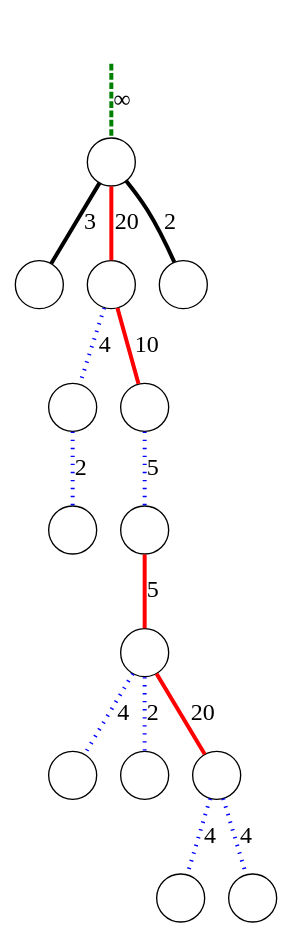
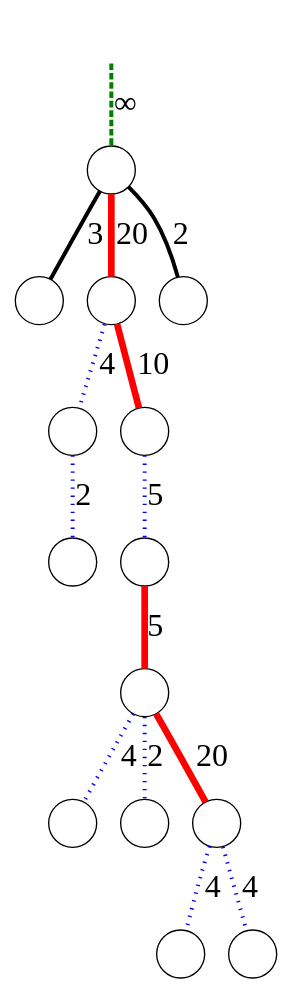
The diagram in graphs/example-g.gv (sgolodetz/waterfallpaper), drawn with Graphviz before and after one commit. The commit also changed 16 other files, not shown here.

Commit message:
Make the red edges in Figure 10 bolder.

```diff
--- a/graphs/example-g.gv
+++ b/graphs/example-g.gv
@@ -1,22 +1,22 @@
 digraph
 {
 	node [shape=circle, label=""];
-	edge [dir=both, arrowtail=none, arrowhead=none, penwidth=3, fontsize=18];
+	edge [dir=both, arrowtail=none, arrowhead=none, penwidth=3, fontsize=24];
 
 	r -> n00 [label="&infin;", color=green, style=dashed];
 	n00 -> n10 [label=3];
-	n00 -> n11 [label=20, color=red, style=bold];
+	n00 -> n11 [label=20, color=red, penwidth=5];
 	n00 -> n12 [label=2];
 	n11 -> n20 [label=4, color=blue, style=dotted];
-	n11 -> n21 [label=10, color=red, style=bold];
+	n11 -> n21 [label=10, color=red, penwidth=5];
 	n20 -> n30 [label=2, color=blue, style=dotted];
 	n21 -> n31 [label=5, color=blue, style=dotted];
-	n31 -> n40 [label=5, color=red, style=bold];
+	n31 -> n40 [label=5, color=red, penwidth=5];
 	n40 -> n50 [label=4, color=blue, style=dotted];
 	n40 -> n51 [label=2, color=blue, style=dotted];
-	n40 -> n52 [label=20, color=red, style=bold];
+	n40 -> n52 [label=20, color=red, penwidth=5];
 	n52 -> n60 [label=4, color=blue, style=dotted];
 	n52 -> n61 [label=4, color=blue, style=dotted];
 
 	r [style=invisible];
 }
```
